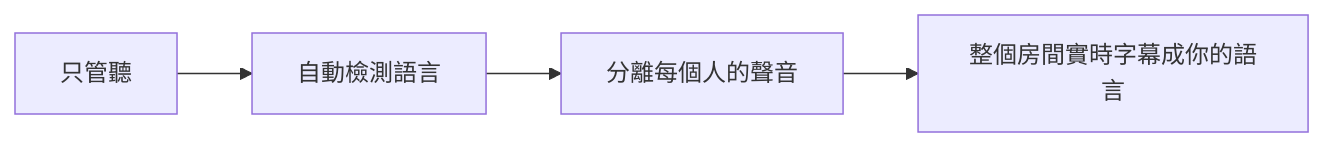
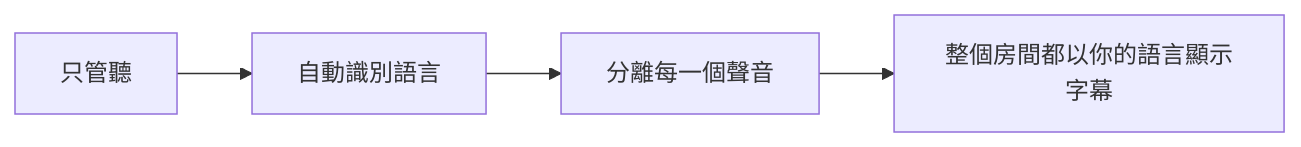
Before and after one commit to rpalm01-star/VigilantEarLegal: the first of 4 diagrams in README_zh-Hant.md, drawn with Mermaid. The commit also changed other lines of this file and 29 other files, not shown here.

````diff
--- a/README_zh-Hant.md
+++ b/README_zh-Hant.md
@@ -62,4 +65,4 @@
 ```mermaid
 graph LR
-    A["只管聽"] --> B["自動檢測語言"] --> C["分離每個人的聲音"] --> D["整個房間實時字幕成你的語言"]
+    A["只管聽"] --> B["自動識別語言"] --> C["分離每一個聲音"] --> D["整個房間都以你的語言顯示字幕"]
 ```
````
